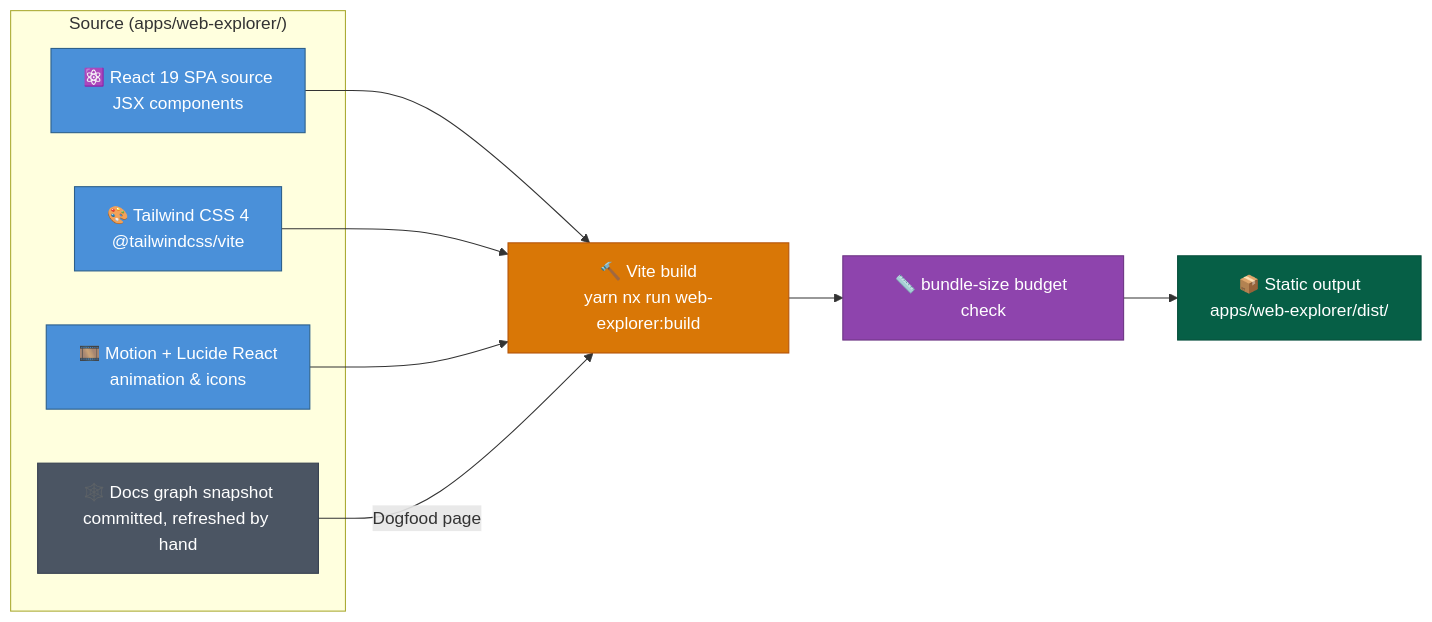
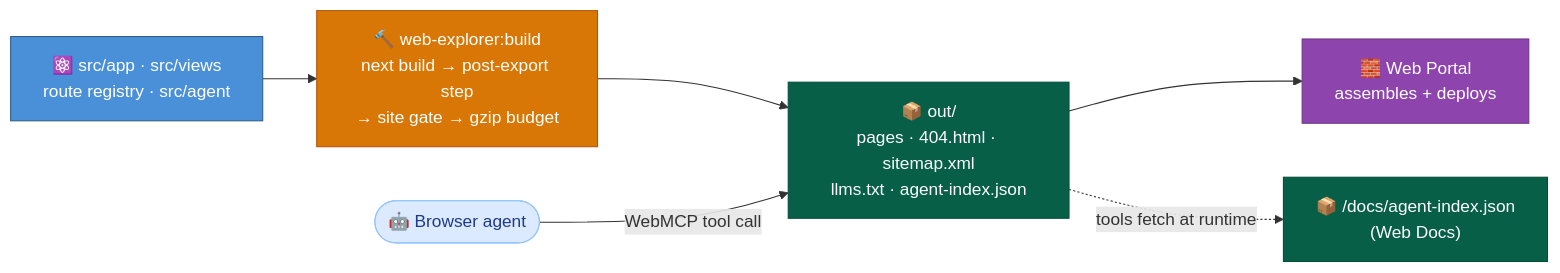
One commit to DataArt/artisyn-implementation-harness changed the diagram in docs/Target Architecture (HLD)/v1/Containers/Web Explorer.md. Above: the diagram before and after it, drawn with Mermaid. The commit also changed other lines of this file and 203 other files, not shown here.

First line of the commit message:
feat(web-explorer): Next.js static export with per-page SEO, hashed CSP and WebMCP tools (#24)

````diff
--- a/docs/Target Architecture (HLD)/v1/Containers/Web Explorer.md
+++ b/docs/Target Architecture (HLD)/v1/Containers/Web Explorer.md
@@ -17,26 +16,19 @@
 ```mermaid
 flowchart LR
-    subgraph SOURCE ["  Source (apps/web-explorer/)  "]
-        SRC["⚛️ React 19 SPA source\nJSX components"]:::source
-        STYLE["🎨 Tailwind CSS 4\n@tailwindcss/vite"]:::source
-        MOTION["🎞️ Motion + Lucide React\nanimation & icons"]:::source
-        SNAP["🕸️ Docs graph snapshot\ncommitted, refreshed by hand"]:::snapshot
-    end
+    SRC["⚛️ src/app · src/views\nroute registry · src/agent"]:::source
+    BUILD["🔨 web-explorer:build\nnext build → post-export step\n→ site gate → gzip budget"]:::build
+    OUT["📦 out/\npages · 404.html · sitemap.xml\nllms.txt · agent-index.json"]:::dist
+    PORTAL["🧱 Web Portal\nassembles + deploys"]:::portal
+    AGENT(["🤖 Browser agent"]):::client
+    DIDX["📦 /docs/agent-index.json\n(Web Docs)"]:::dist
 
-    BUILD["🔨 Vite build\nyarn nx run web-explorer:build"]:::build
-    BUDGET["📏 bundle-size budget check"]:::budget
-
-    DIST["📦 Static output\napps/web-explorer/dist/"]:::dist
-
-    SRC --> BUILD
-    STYLE --> BUILD
-    MOTION --> BUILD
-    SNAP -->|"Dogfood page"| BUILD
-    BUILD --> BUDGET --> DIST
+    SRC --> BUILD --> OUT --> PORTAL
+    AGENT -->|"WebMCP tool call"| OUT
+    OUT -.->|"tools fetch at runtime"| DIDX
 
     classDef source fill:#4A90D9,stroke:#2C5F8A,color:#fff
-    classDef snapshot fill:#4B5563,stroke:#374151,color:#fff
     classDef build  fill:#D97706,stroke:#B45309,color:#fff
-    classDef budget fill:#8E44AD,stroke:#6C3483,color:#fff
     classDef dist   fill:#065F46,stroke:#064e3b,color:#fff
+    classDef portal fill:#8E44AD,stroke:#6C3483,color:#fff
+    classDef client fill:#DBEAFE,stroke:#93C5FD,color:#1E3A8A
 ```
````
